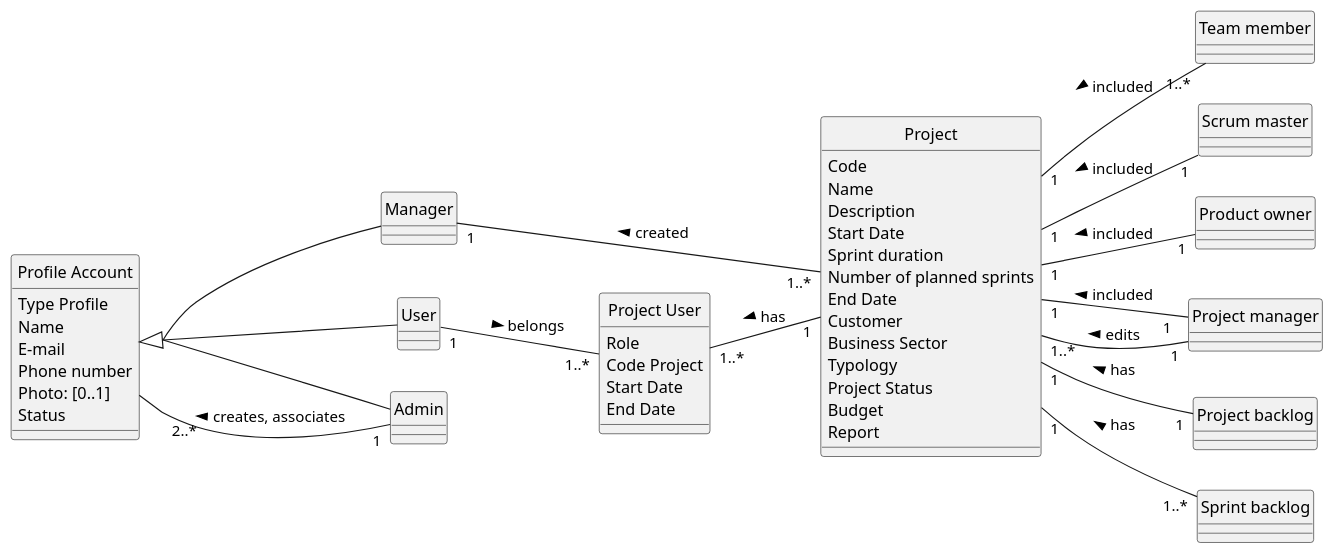
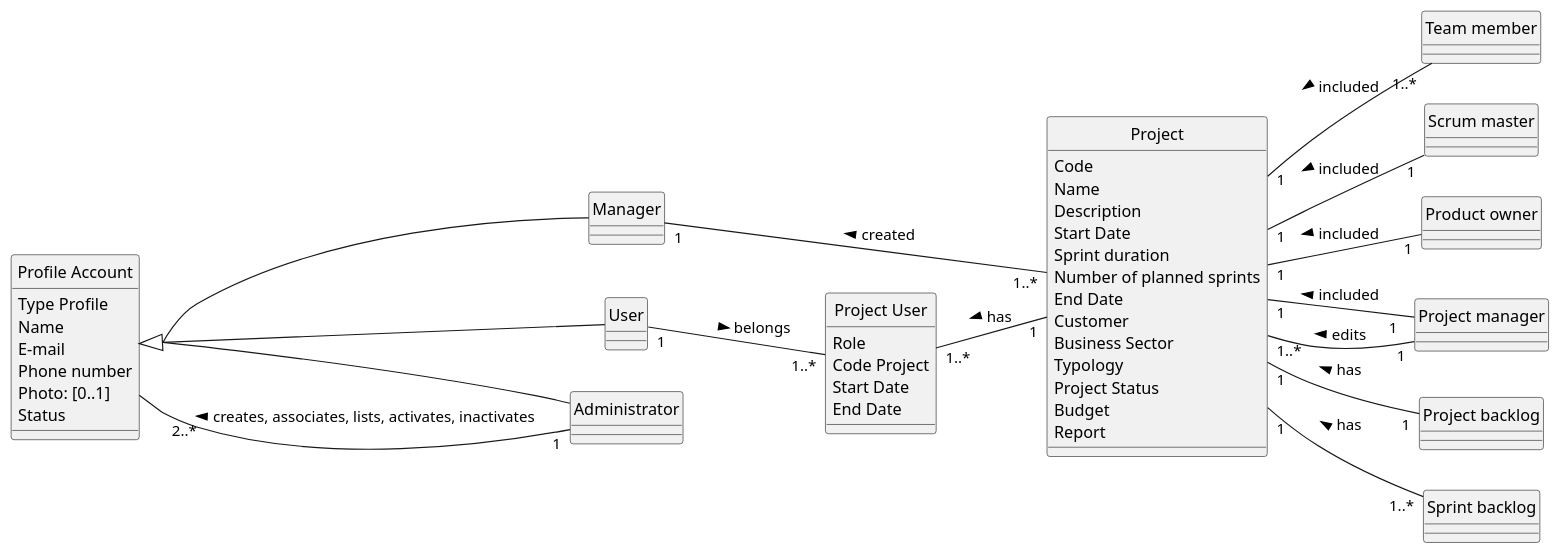
Before and after one commit to ivo-menezes/project_g3: the diagram in docs/modelling_design/domain_model_diagram/domain_model_diagram.puml, drawn with PlantUML.

Commit message:
Domain Model: Analysis: Add associations between Profile Account and Administrator

```diff
--- a/docs/modelling_design/domain_model_diagram/domain_model_diagram.puml
+++ b/docs/modelling_design/domain_model_diagram/domain_model_diagram.puml
@@ -1,54 +1,54 @@
 @startuml
 skinparam style strictuml
 left to right direction
 skinparam groupInheritance 3
 
  class "Profile Account" as Profile {
    Type Profile
    Name
    E-mail
    Phone number
    Photo: [0..1]
    'the [0..1] in Photo indicates an optional value, see Craig 2004, p.121
    Status
  }
 
   class "Project User" {
   Role
   Code Project
   Start Date
   End Date
   }
 
  class Project{
  Code
  Name
  Description
  Start Date
  Sprint duration
  Number of planned sprints
  End Date
  Customer
  Business Sector
  Typology
  Project Status
  Budget
  Report
 }
 
 Profile <|-- Manager
 Profile <|-- User
-Profile <|-- Admin
+Profile <|-- Administrator
 
-Admin "1" -- "2..*" Profile: creates, associates >
+Administrator "1" -- "2..*" Profile: creates, associates, lists, activates, inactivates >
 Manager "1"--- "1..*" Project: created <
 User "1" -- "1..*" "Project User": belongs >
 "Project User" "1..*" -- "1" Project : has <
 Project "1" -- "1..*" "Team member": included <
 Project "1" -- "1" "Scrum master": included <
 Project "1" -- "1" "Product owner": included <
 Project "1" -- "1  " "Project manager": included <
 Project "1" -- "1" "Project backlog": has <
 Project "1" -- "1..*" "Sprint backlog": has <
 "Project manager" "1" -- "1..*" Project: edits >
 @enduml
```
